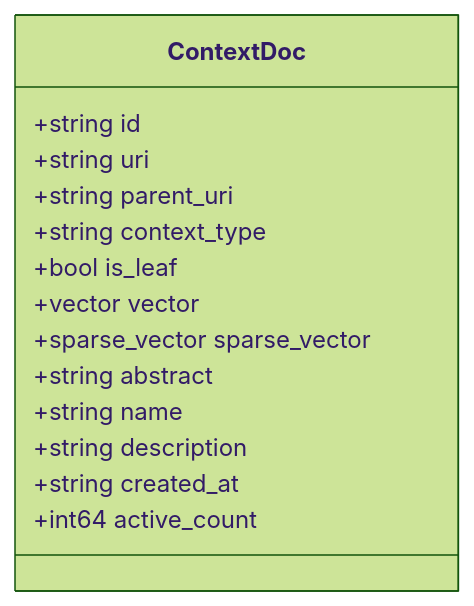
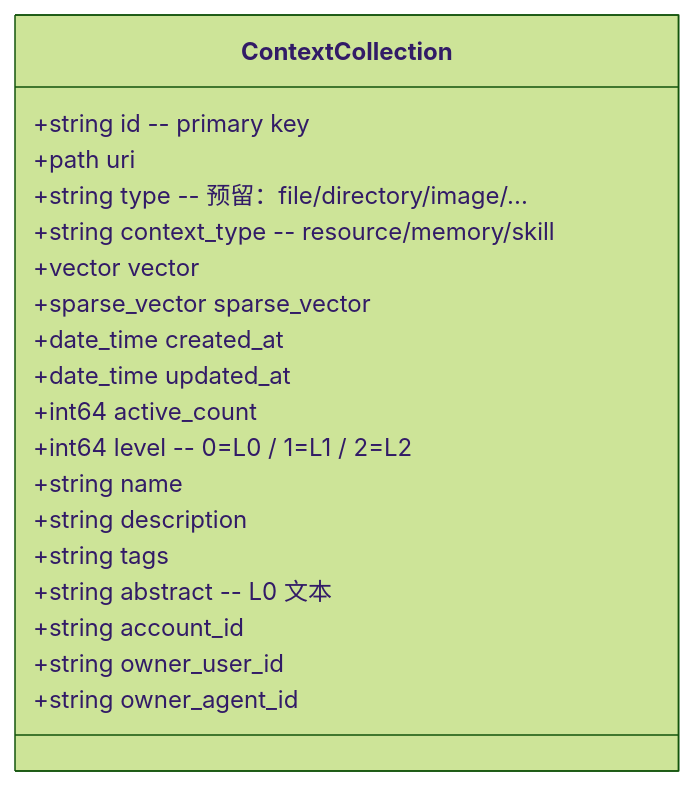
Before and after one commit to caicongyang/bloger: the fourth of 8 diagrams in openviking/03-存储架构详解.md, drawn with Mermaid (forest theme). The commit also changed other lines of this file and 10 other files, not shown here.

````diff
--- a/openviking/03-存储架构详解.md
+++ b/openviking/03-存储架构详解.md
@@ -161,17 +185,22 @@
 ```mermaid
 classDiagram
-    class ContextDoc {
-        +string id
-        +string uri
-        +string parent_uri
-        +string context_type
-        +bool is_leaf
+    class ContextCollection {
+        +string id  -- primary key
+        +path uri
+        +string type  -- 预留：file/directory/image/...
+        +string context_type  -- resource/memory/skill
         +vector vector
         +sparse_vector sparse_vector
-        +string abstract
+        +date_time created_at
+        +date_time updated_at
+        +int64 active_count
+        +int64 level  -- 0=L0 / 1=L1 / 2=L2
         +string name
         +string description
-        +string created_at
-        +int64 active_count
+        +string tags
+        +string abstract  -- L0 文本
+        +string account_id
+        +string owner_user_id
+        +string owner_agent_id
     }
 ```
````
